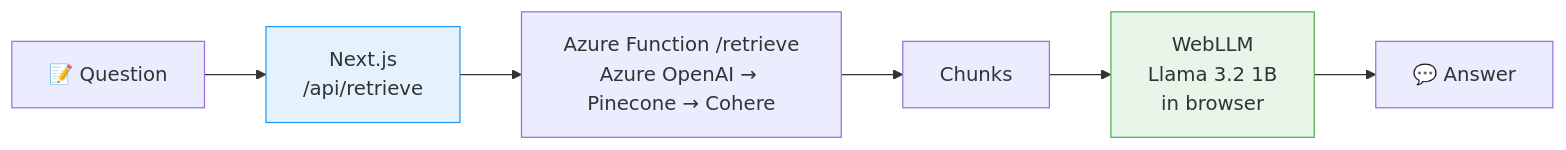
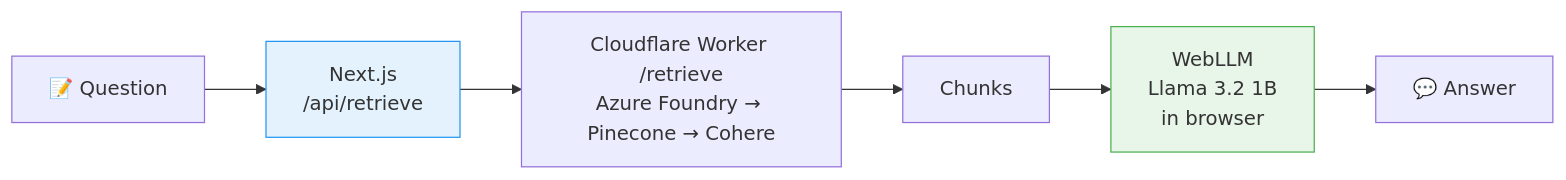
The fourth of 4 diagrams in README.md (anant-j/AeroQuery), drawn with Mermaid before and after one commit. The commit also changed other lines of this file and 23 other files, not shown here.

````diff
--- a/README.md
+++ b/README.md
@@ -65,11 +65,11 @@
 ```mermaid
 flowchart LR
     A["📝 Question"] --> B["Next.js\n/api/retrieve"]
-    B --> C["Azure Function /retrieve\nAzure OpenAI → Pinecone → Cohere"]
+    B --> C["Cloudflare Worker /retrieve\nAzure Foundry → Pinecone → Cohere"]
     C --> D["Chunks"]
     D --> E["WebLLM\nLlama 3.2 1B\nin browser"]
     E --> F["💬 Answer"]
 
     style B fill:#e3f2fd,stroke:#2196f3
     style E fill:#e8f5e9,stroke:#4caf50
 ```
````
